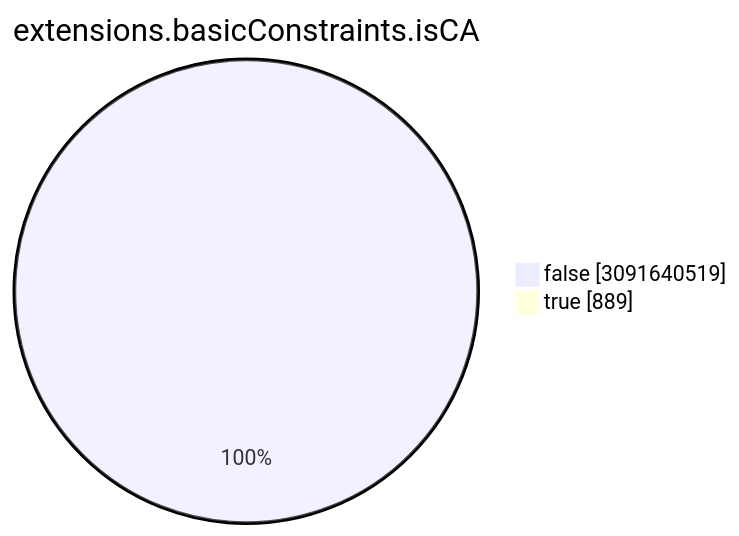
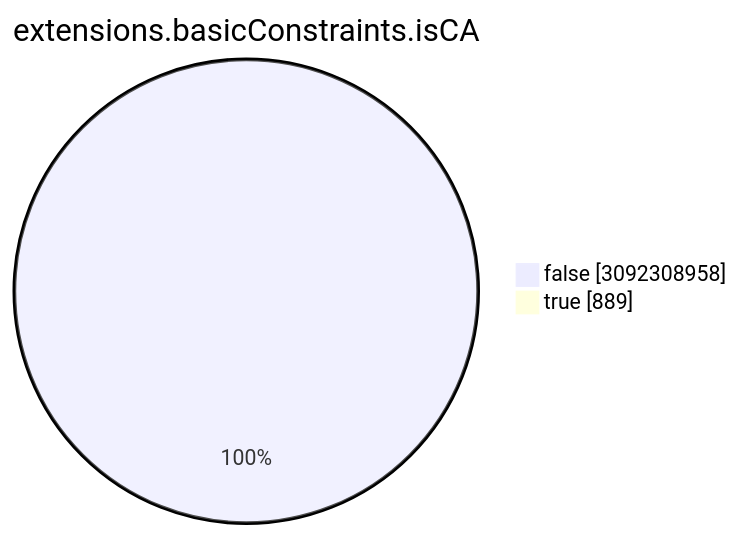
One commit to christiankrug/ctmonitor_visualization changed the seventh of 15 diagrams in TOTAL/README.md. Above: the diagram before and after it, drawn with Mermaid. The commit also changed other lines of this file, not shown here.

````diff
--- a/TOTAL/README.md
+++ b/TOTAL/README.md
@@ -3086,6 +3086,6 @@
 ```mermaid
 pie showData
 title extensions.basicConstraints.isCA
-"false" :3091640519
+"false" :3092308958
 "true" :889
 ```
````
